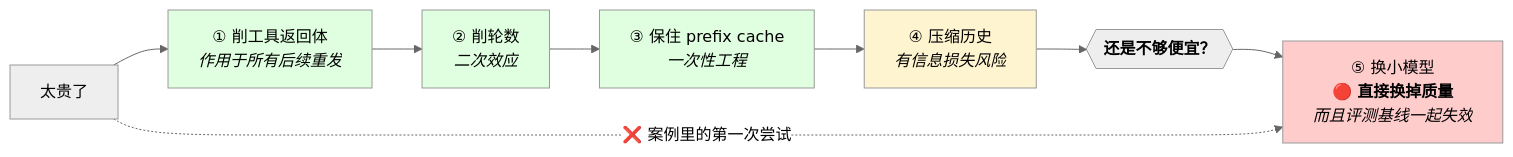
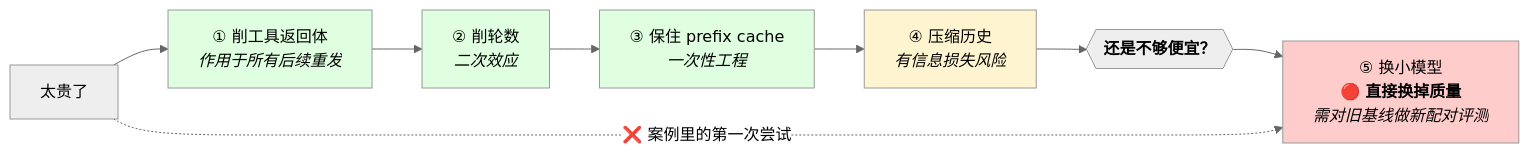
The sixth of 11 diagrams in handbook/ai-agent/07-失败模式与工程化.md (didadila/ai-agent-handbook), drawn with Mermaid (neutral theme) before and after one commit. The commit also changed other lines of this file and 211 other files, not shown here.

````diff
--- a/handbook/ai-agent/07-失败模式与工程化.md
+++ b/handbook/ai-agent/07-失败模式与工程化.md
@@ -524,17 +531,17 @@
 ```mermaid
 flowchart LR
     NEED["太贵了"] --> L1["① 削工具返回体<br/><i>作用于所有后续重发</i>"]
     L1 --> L2["② 削轮数<br/><i>二次效应</i>"]
     L2 --> L3["③ 保住 prefix cache<br/><i>一次性工程</i>"]
     L3 --> L4["④ 压缩历史<br/><i>有信息损失风险</i>"]
     L4 --> GATE{{"<b>还是不够便宜？</b>"}}
-    GATE --> L5["⑤ 换小模型<br/>🔴 <b>直接换掉质量</b><br/><i>而且评测基线一起失效</i>"]
+    GATE --> L5["⑤ 换小模型<br/>🔴 <b>直接换掉质量</b><br/><i>需对旧基线做新配对评测</i>"]
 
     NEED -.->|"❌ 案例里的第一次尝试"| L5
 
     style L1 fill:#e0ffe0
     style L2 fill:#e0ffe0
     style L3 fill:#e0ffe0
     style L4 fill:#fff4d0
     style L5 fill:#ffcccc
 ```
````
